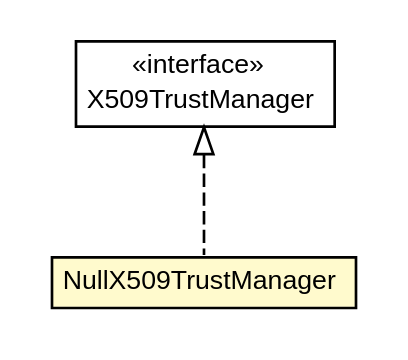
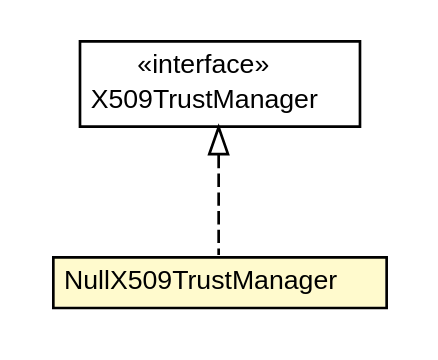
Before and after one commit to trajano/commons-testing: the diagram in apidocs/net/trajano/commons/testing/internal/NullX509TrustManager.dot, drawn with Graphviz. The commit also changed 140 other files, not shown here.

```diff
--- a/apidocs/net/trajano/commons/testing/internal/NullX509TrustManager.dot
+++ b/apidocs/net/trajano/commons/testing/internal/NullX509TrustManager.dot
@@ -1,27 +1,27 @@
 #!/usr/local/bin/dot
 #
 # Class diagram 
 # Generated by UMLGraph version R5_6-24-gf6e263 (http://www.umlgraph.org/)
 #
 
 digraph G {
-	edge [fontname="arial",fontsize=10,labelfontname="arial",labelfontsize=10];
-	node [fontname="arial",fontsize=10,shape=plaintext];
+	edge [fontname="Helvetica",fontsize=10,labelfontname="Helvetica",labelfontsize=10];
+	node [fontname="Helvetica",fontsize=10,shape=plaintext];
 	nodesep=0.25;
 	ranksep=0.5;
 	// net.trajano.commons.testing.internal.NullX509TrustManager
-	c25 [label=<<table title="net.trajano.commons.testing.internal.NullX509TrustManager" border="0" cellborder="1" cellspacing="0" cellpadding="2" port="p" bgcolor="lemonChiffon" href="./NullX509TrustManager.html">
+	c26 [label=<<table title="net.trajano.commons.testing.internal.NullX509TrustManager" border="0" cellborder="1" cellspacing="0" cellpadding="2" port="p" bgcolor="lemonChiffon" href="./NullX509TrustManager.html">
 		<tr><td><table border="0" cellspacing="0" cellpadding="1">
 <tr><td align="center" balign="center"> NullX509TrustManager </td></tr>
 		</table></td></tr>
-		</table>>, URL="./NullX509TrustManager.html", fontname="arial", fontcolor="black", fontsize=10.0];
+		</table>>, URL="./NullX509TrustManager.html", fontname="Helvetica", fontcolor="black", fontsize=10.0];
 	//net.trajano.commons.testing.internal.NullX509TrustManager implements javax.net.ssl.X509TrustManager
-	c28:p -> c25:p [dir=back,arrowtail=empty,style=dashed];
+	c28:p -> c26:p [dir=back,arrowtail=empty,style=dashed];
 	// javax.net.ssl.X509TrustManager
 	c28 [label=<<table title="javax.net.ssl.X509TrustManager" border="0" cellborder="1" cellspacing="0" cellpadding="2" port="p" href="http://java.sun.com/j2se/1.4.2/docs/api/javax/net/ssl/X509TrustManager.html">
 		<tr><td><table border="0" cellspacing="0" cellpadding="1">
 <tr><td align="center" balign="center"> &#171;interface&#187; </td></tr>
 <tr><td align="center" balign="center"> X509TrustManager </td></tr>
 		</table></td></tr>
-		</table>>, URL="http://java.sun.com/j2se/1.4.2/docs/api/javax/net/ssl/X509TrustManager.html", fontname="arial", fontcolor="black", fontsize=10.0];
+		</table>>, URL="http://java.sun.com/j2se/1.4.2/docs/api/javax/net/ssl/X509TrustManager.html", fontname="Helvetica", fontcolor="black", fontsize=10.0];
 }
```
